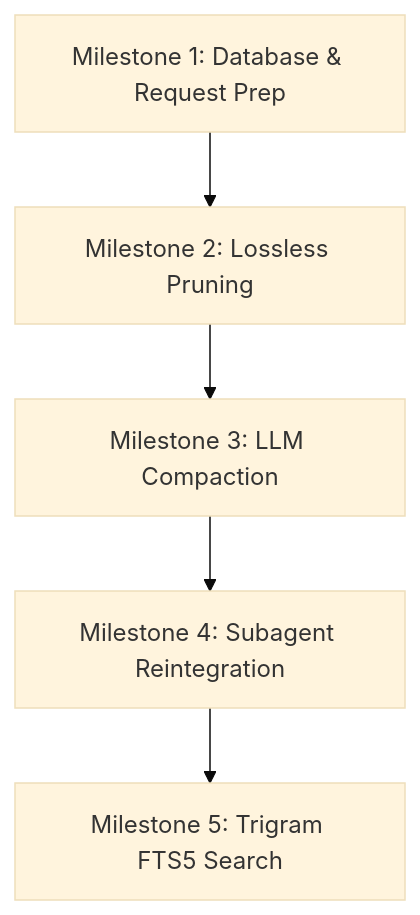
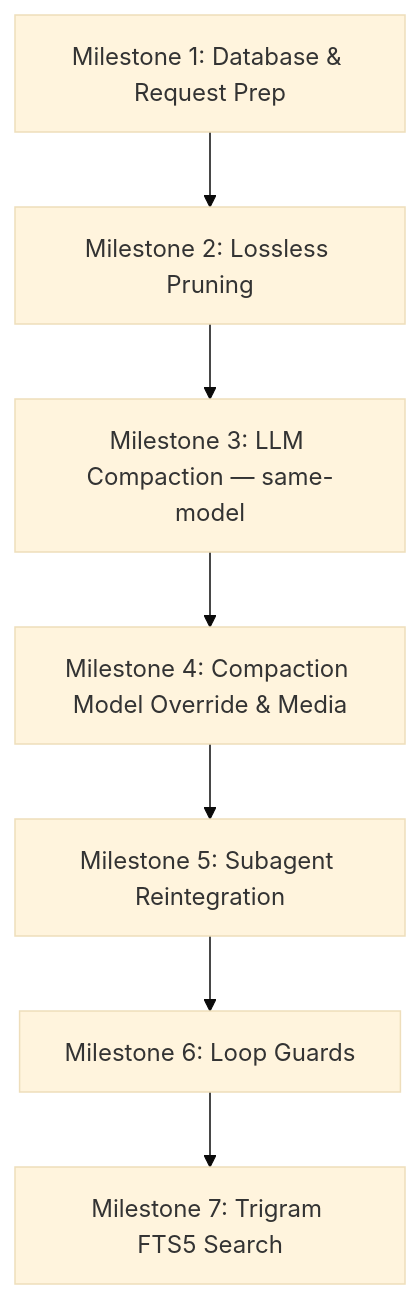
The diagram in plans/context-management.md (season179/nav), drawn with Mermaid (base theme) before and after one commit. The commit also changed other lines of this file, not shown here.

````diff
--- a/plans/context-management.md
+++ b/plans/context-management.md
@@ -274,7 +274,9 @@
 ```mermaid
 graph TD
     M1[Milestone 1: Database & Request Prep] --> M2[Milestone 2: Lossless Pruning]
-    M2 --> M3[Milestone 3: LLM Compaction]
-    M3 --> M4[Milestone 4: Subagent Reintegration]
-    M4 --> M5[Milestone 5: Trigram FTS5 Search]
+    M2 --> M3[Milestone 3: LLM Compaction — same-model]
+    M3 --> M4[Milestone 4: Compaction Model Override & Media]
+    M4 --> M5[Milestone 5: Subagent Reintegration]
+    M5 --> M6[Milestone 6: Loop Guards]
+    M6 --> M7[Milestone 7: Trigram FTS5 Search]
 ```
````
